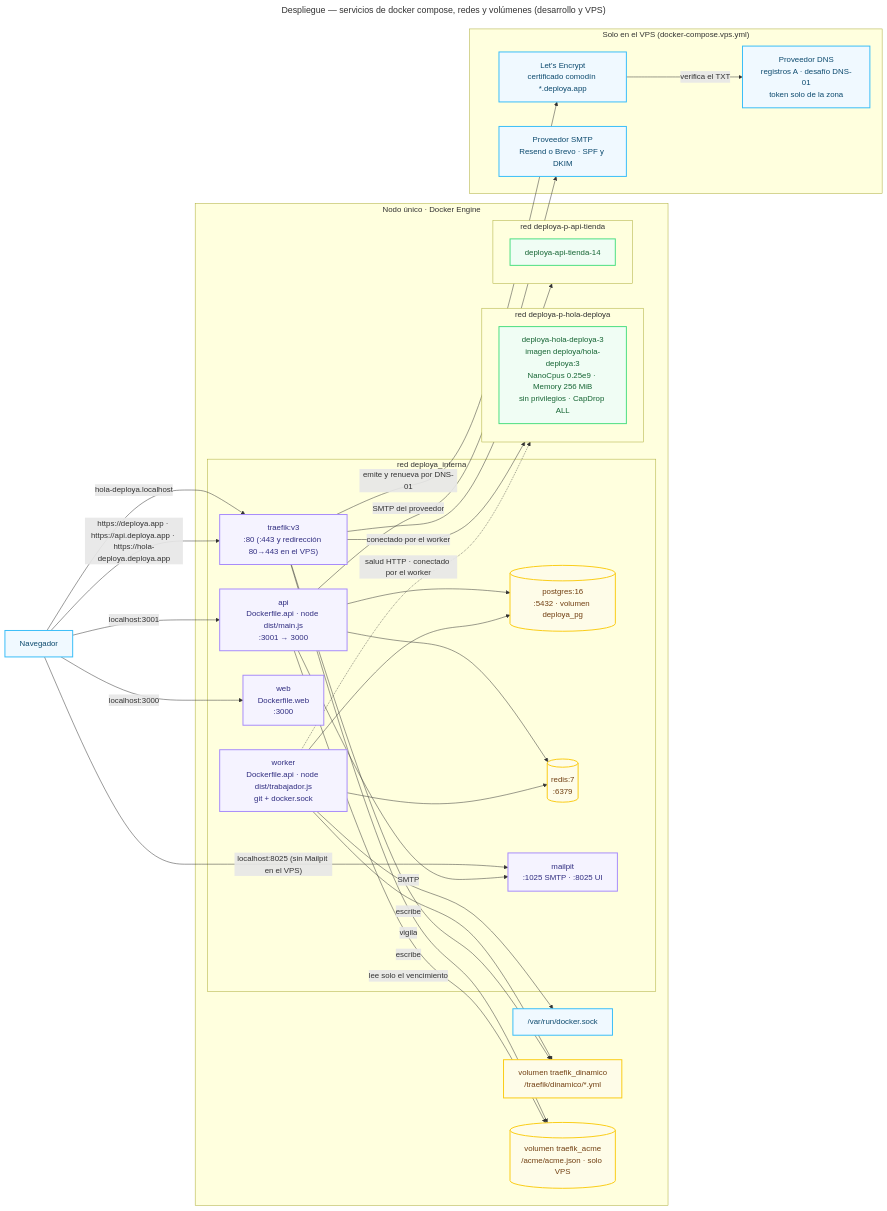
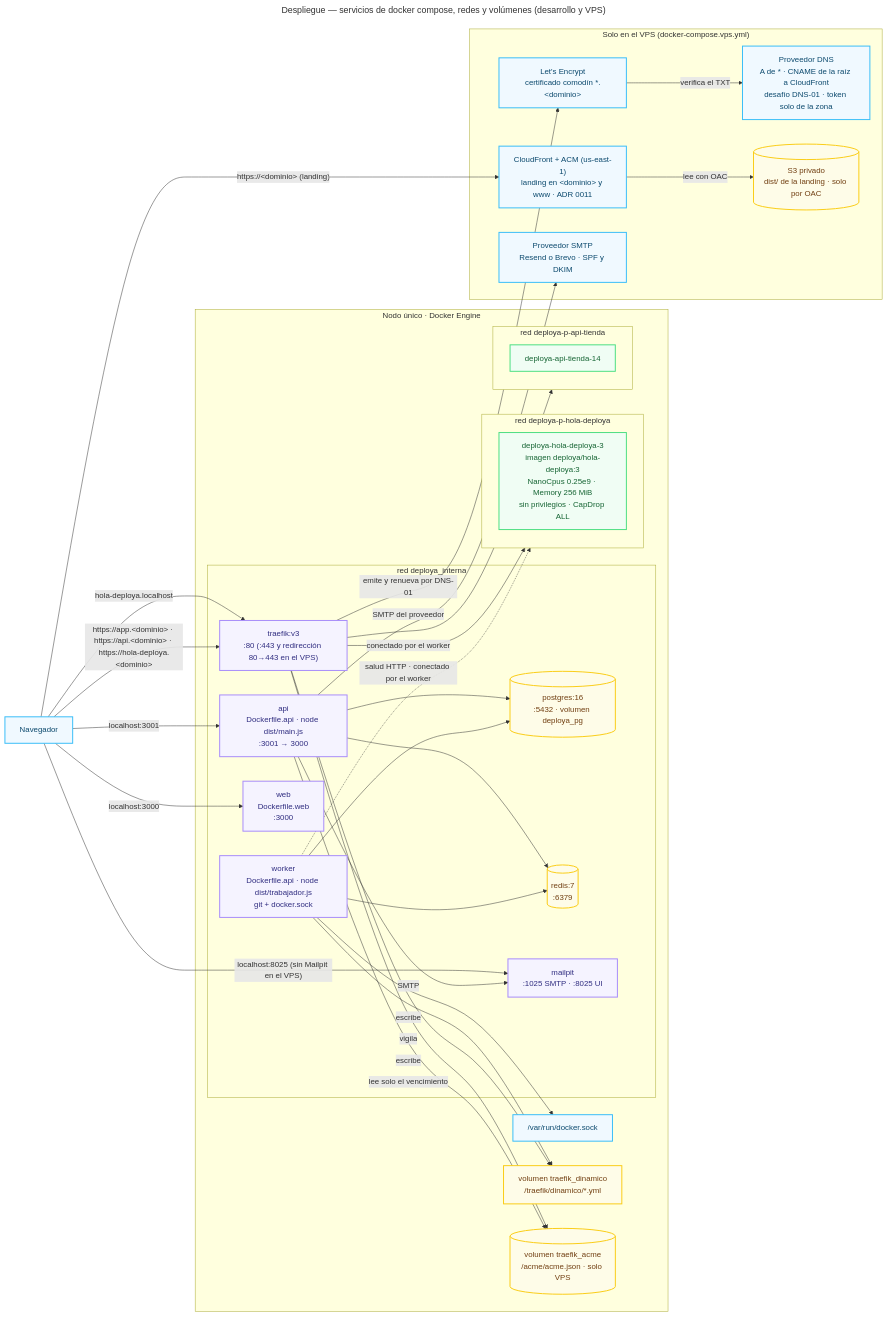
Before and after one commit to derekCmorales/deploya: the fifth of 31 diagrams in docs/arquitectura-maestro.md, drawn with Mermaid. The commit also changed other lines of this file and 22 other files, not shown here.

First line of the commit message:
chore(infra): landing en S3 + CloudFront y la web en app.<dominio>

````diff
--- a/docs/arquitectura-maestro.md
+++ b/docs/arquitectura-maestro.md
@@ -339,68 +339,72 @@
 ```mermaid
 ---
 title: Despliegue — servicios de docker compose, redes y volúmenes (desarrollo y VPS)
 ---
 flowchart LR
     subgraph HOST["Nodo único · Docker Engine"]
         subgraph RED_INTERNA["red deploya_interna"]
             PG[("postgres:16<br/>:5432 · volumen deploya_pg")]
             RD[("redis:7<br/>:6379")]
             API["api<br/>Dockerfile.api · node dist/main.js<br/>:3001 → 3000"]
             WK["worker<br/>Dockerfile.api · node dist/trabajador.js<br/>git + docker.sock"]
             WEB["web<br/>Dockerfile.web<br/>:3000"]
             MP["mailpit<br/>:1025 SMTP · :8025 UI"]
             TR["traefik:v3<br/>:80 (:443 y redirección 80→443 en el VPS)"]
         end
 
         subgraph RED_P1["red deploya-p-hola-deploya"]
             C1["deploya-hola-deploya-3<br/>imagen deploya/hola-deploya:3<br/>NanoCpus 0.25e9 · Memory 256 MiB<br/>sin privilegios · CapDrop ALL"]
         end
 
         subgraph RED_P2["red deploya-p-api-tienda"]
             C2["deploya-api-tienda-14"]
         end
 
         SOCK["/var/run/docker.sock"]
         VOL["volumen traefik_dinamico<br/>/traefik/dinamico/*.yml"]
         ACME[("volumen traefik_acme<br/>/acme/acme.json · solo VPS")]
     end
 
     subgraph EXTERNOS["Solo en el VPS (docker-compose.vps.yml)"]
-        LE["Let's Encrypt<br/>certificado comodín *.deploya.app"]
-        DNS["Proveedor DNS<br/>registros A · desafío DNS-01<br/>token solo de la zona"]
+        LE["Let's Encrypt<br/>certificado comodín *.&lt;dominio&gt;"]
+        DNS["Proveedor DNS<br/>A de * · CNAME de la raíz a CloudFront<br/>desafío DNS-01 · token solo de la zona"]
+        CF["CloudFront + ACM (us-east-1)<br/>landing en &lt;dominio&gt; y www · ADR 0011"]
+        S3[("S3 privado<br/>dist/ de la landing · solo por OAC")]
         SMTP["Proveedor SMTP<br/>Resend o Brevo · SPF y DKIM"]
     end
 
     NAV["Navegador"]
 
     NAV -->|"localhost:3000"| WEB
     NAV -->|"localhost:3001"| API
     NAV -->|"hola-deploya.localhost"| TR
     NAV -->|"localhost:8025 (sin Mailpit en el VPS)"| MP
-    NAV -->|"https://deploya.app · https://api.deploya.app · https://hola-deploya.deploya.app"| TR
+    NAV -->|"https://app.&lt;dominio&gt; · https://api.&lt;dominio&gt; · https://hola-deploya.&lt;dominio&gt;"| TR
+    NAV -->|"https://&lt;dominio&gt; (landing)"| CF
+    CF -->|"lee con OAC"| S3
     TR -->|"emite y renueva por DNS-01"| LE
     LE -->|"verifica el TXT"| DNS
     TR -->|"escribe"| ACME
     API -->|"lee solo el vencimiento"| ACME
     API -->|"SMTP del proveedor"| SMTP
     API --> PG
     API --> RD
     API -->|SMTP| MP
     WK --> RD
     WK --> PG
     WK --> SOCK
     WK -->|escribe| VOL
     TR -->|"vigila"| VOL
     TR -->|"conectado por el worker"| RED_P1
     TR --> RED_P2
     WK -.->|"salud HTTP · conectado por el worker"| RED_P1
 
     classDef data fill:#fefce8,stroke:#facc15,stroke-width:2px,color:#713f12
     classDef app fill:#f5f3ff,stroke:#a78bfa,stroke-width:2px,color:#312e81
     classDef cliente fill:#f0fdf4,stroke:#4ade80,stroke-width:2px,color:#166534
     classDef ext fill:#f0f9ff,stroke:#38bdf8,stroke-width:2px,color:#0c4a6e
-    class PG,RD,VOL,ACME data
+    class PG,RD,VOL,ACME,S3 data
     class API,WK,WEB,MP,TR app
     class C1,C2 cliente
-    class SOCK,NAV,LE,DNS,SMTP ext
+    class SOCK,NAV,LE,DNS,SMTP,CF ext
 ```
````
